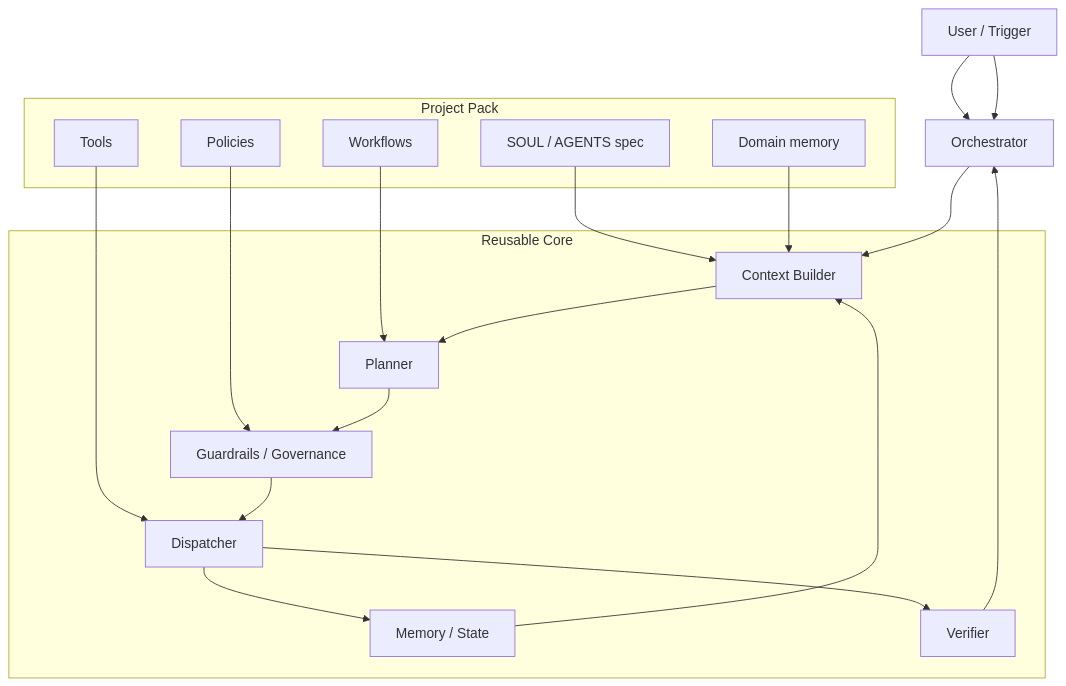
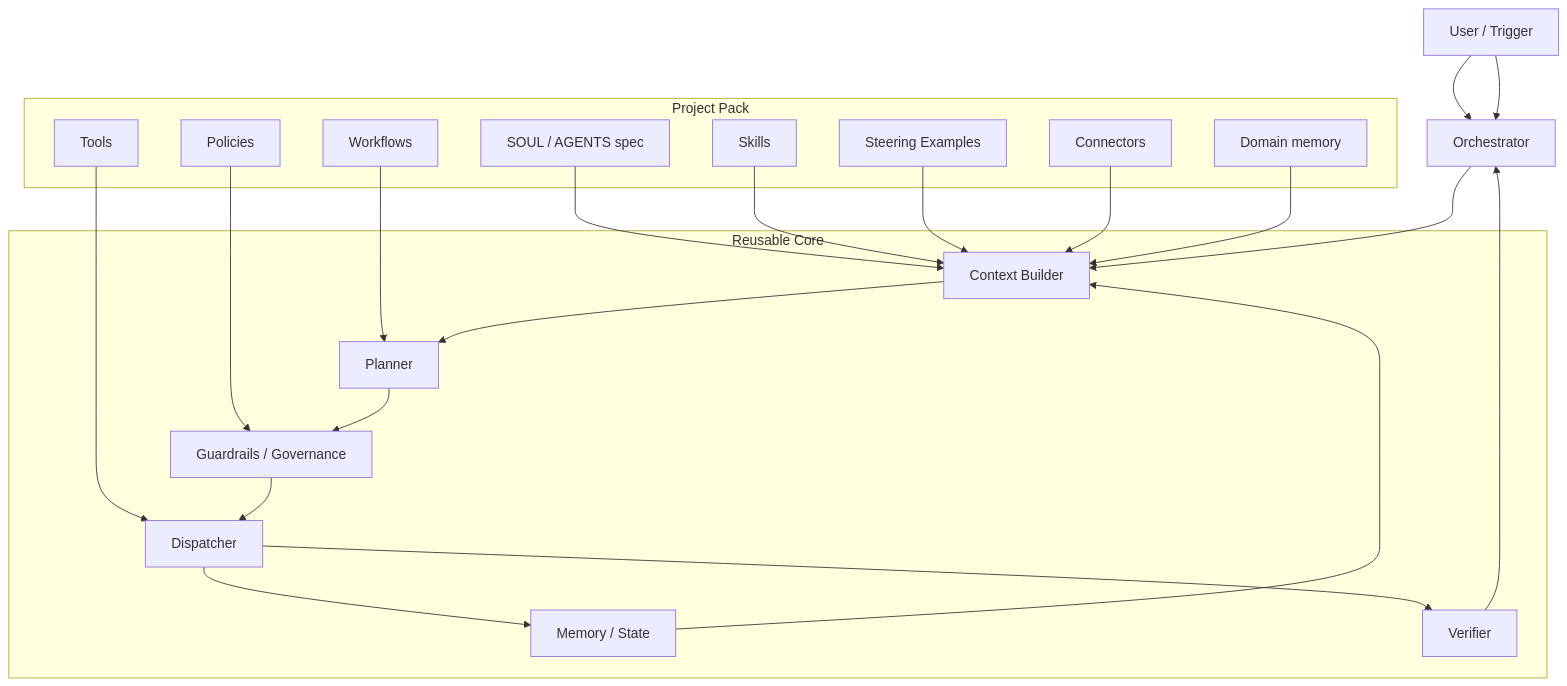
One commit to svensteiner/agenten-vorlage changed the diagram in docs/architecture.md. Above: the diagram before and after it, drawn with Mermaid. The commit also changed other lines of this file and 12 other files, not shown here.

````diff
--- a/docs/architecture.md
+++ b/docs/architecture.md
@@ -16,37 +12,43 @@
 ```mermaid
 flowchart TD
   U[User / Trigger] --> O[Orchestrator]
 
   subgraph ProjectPack[Project Pack]
     S[SOUL / AGENTS spec]
+    SK[Skills]
+    SE[Steering Examples]
+    CN[Connectors]
     T[Tools]
     W[Workflows]
     P[Policies]
     D[Domain memory]
   end
 
   subgraph Core[Reusable Core]
     C[Context Builder]
     PL[Planner]
     G[Guardrails / Governance]
     DP[Dispatcher]
     M[Memory / State]
     V[Verifier]
   end
 
   S --> C
+  SK --> C
+  SE --> C
+  CN --> C
   T --> DP
   W --> PL
   P --> G
   D --> C
 
   U --> O
   O --> C
   C --> PL
   PL --> G
   G --> DP
   DP --> V
   DP --> M
   V --> O
   M --> C
 ```
````
